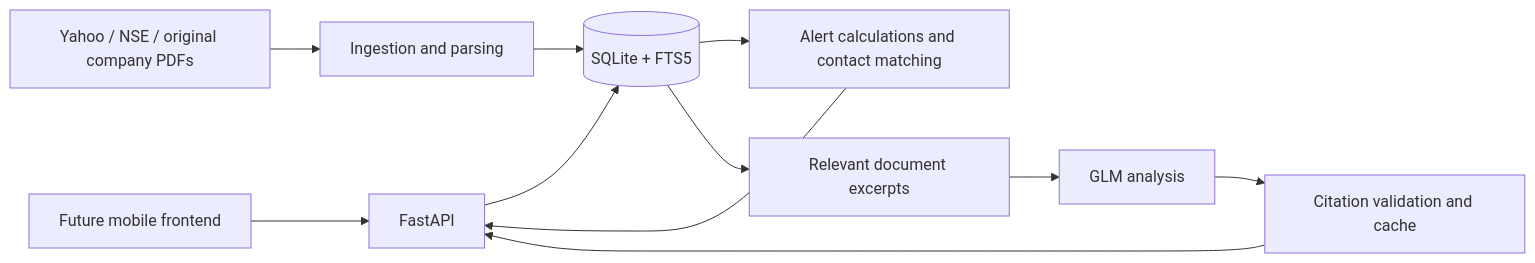
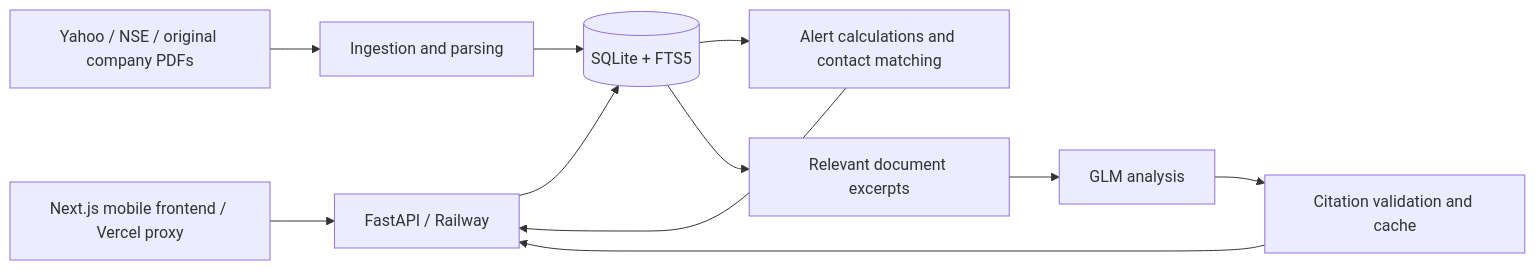
One commit to krkarthik2006/enam_finn_app changed the diagram in README.md. Above: the diagram before and after it, drawn with Mermaid. The commit also changed other lines of this file and 35 other files, not shown here.

````diff
--- a/README.md
+++ b/README.md
@@ -243,13 +277,13 @@
 ```mermaid
 flowchart LR
-  UI[Future mobile frontend] --> API[FastAPI]
+  UI[Next.js mobile frontend / Vercel proxy] --> API[FastAPI / Railway]
   API --> DB[(SQLite + FTS5)]
   Sources[Yahoo / NSE / original company PDFs] --> Pipeline[Ingestion and parsing]
   Pipeline --> DB
   DB --> Rules[Alert calculations and contact matching]
   Rules --> API
   DB --> Retrieval[Relevant document excerpts]
   Retrieval --> GLM[GLM analysis]
   GLM --> Validation[Citation validation and cache]
   Validation --> API
 ```
````
